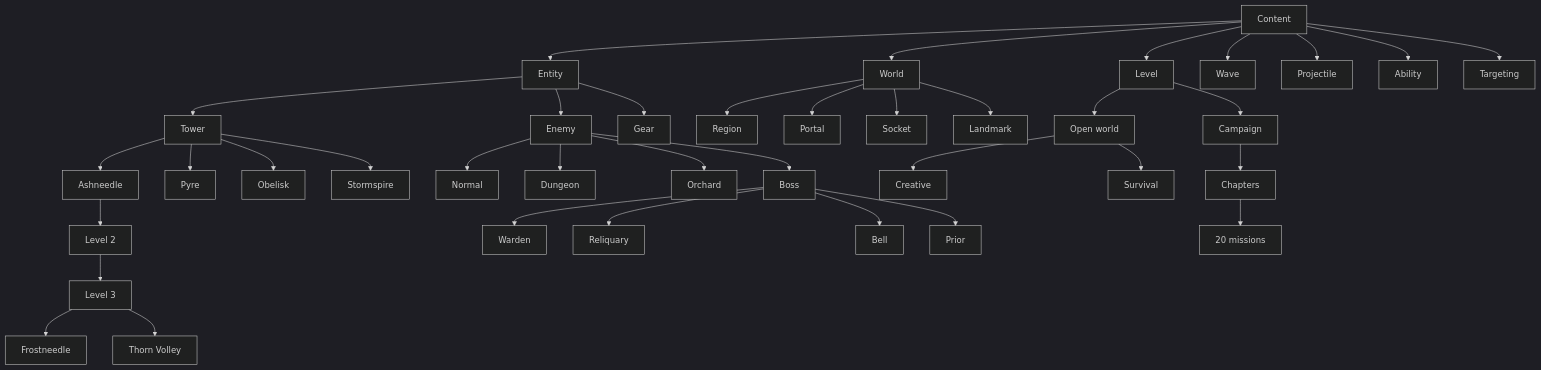
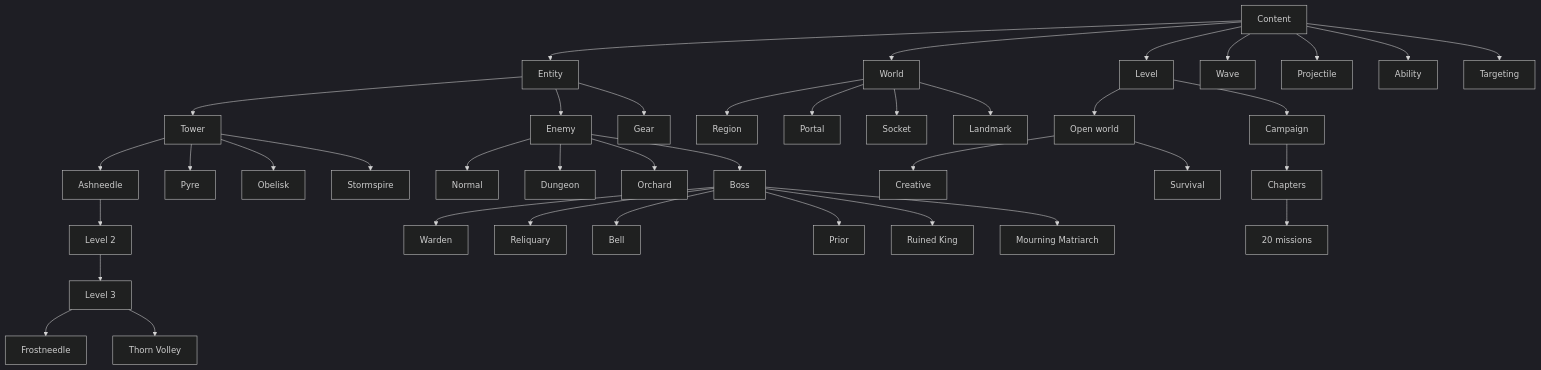
The diagram in docs/NODE_SYSTEM.md (KAISERaustin/Hollow-Vigil), drawn with Mermaid (dark theme) before and after one commit. The commit also changed other lines of this file and 32 other files, not shown here.

````diff
--- a/docs/NODE_SYSTEM.md
+++ b/docs/NODE_SYSTEM.md
@@ -7,39 +7,41 @@
 ```mermaid
 graph TD
     Content --> Entity
     Entity --> Tower
     Tower --> Ashneedle
     Tower --> Pyre
     Tower --> Obelisk
     Tower --> Stormspire
     Ashneedle --> Tier2[Level 2]
     Tier2 --> Tier3[Level 3]
     Tier3 --> Frostneedle
     Tier3 --> ThornVolley[Thorn Volley]
     Entity --> Enemy
     Enemy --> Normal
     Enemy --> Dungeon
     Enemy --> Orchard
     Enemy --> Boss
     Boss --> Warden
     Boss --> Reliquary
     Boss --> Bell
     Boss --> Prior
+    Boss --> RuinedKing[Ruined King]
+    Boss --> MourningMatriarch[Mourning Matriarch]
     Entity --> Gear
     Content --> World
     World --> Region
     World --> Portal
     World --> Socket
     World --> Landmark
     Content --> Level
     Level --> OpenWorld[Open world]
     OpenWorld --> Creative
     OpenWorld --> Survival
     Level --> Campaign
     Campaign --> Chapters
     Chapters --> Missions[20 missions]
     Content --> Wave
     Content --> Projectile
     Content --> Ability
     Content --> Targeting
 ```
````
